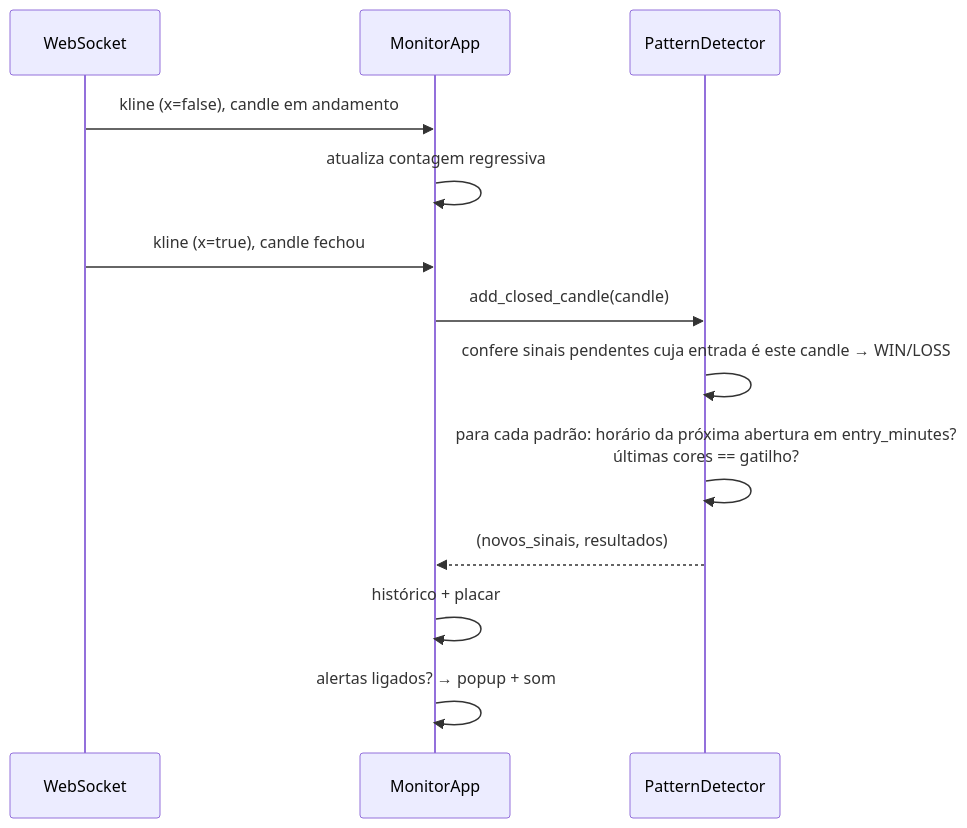
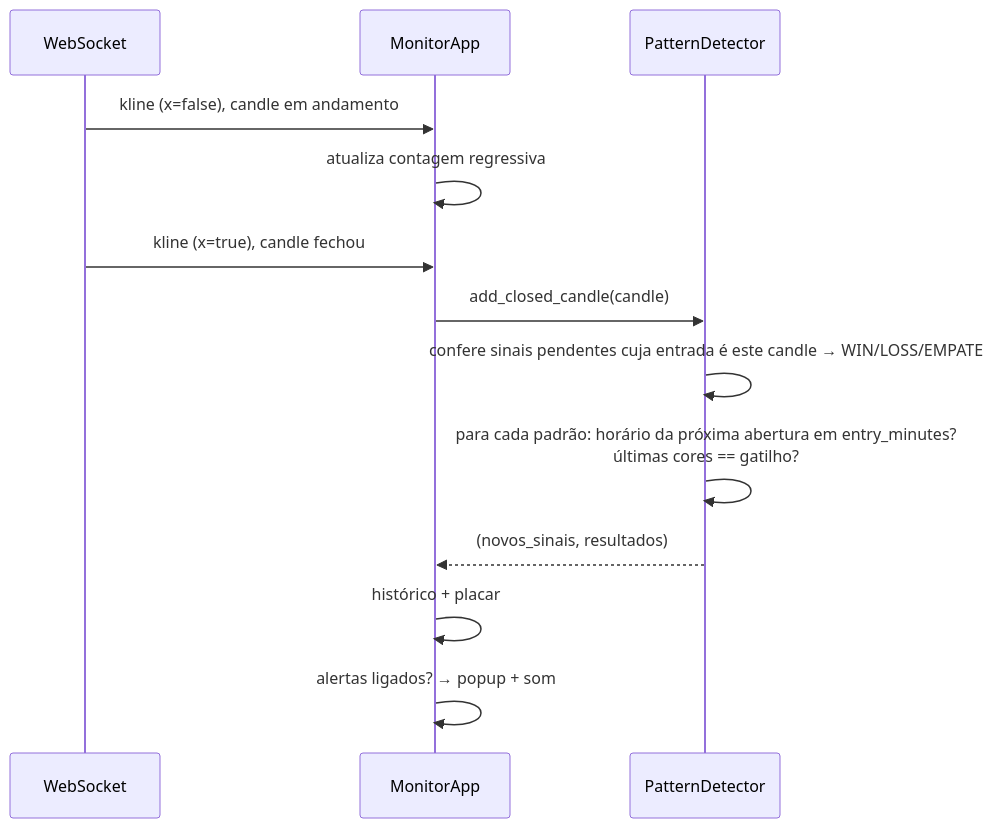
The second of 2 diagrams in binance/README.md (RalphRebello/market-monitor), drawn with Mermaid before and after one commit. The commit also changed other lines of this file and 8 other files, not shown here.

````diff
--- a/binance/README.md
+++ b/binance/README.md
@@ -280,16 +280,16 @@
 ```mermaid
 sequenceDiagram
     participant WS as WebSocket
     participant App as MonitorApp
     participant Det as PatternDetector
 
     WS->>App: kline (x=false), candle em andamento
     App->>App: atualiza contagem regressiva
     WS->>App: kline (x=true), candle fechou
     App->>Det: add_closed_candle(candle)
-    Det->>Det: confere sinais pendentes cuja entrada é este candle → WIN/LOSS
+    Det->>Det: confere sinais pendentes cuja entrada é este candle → WIN/LOSS/EMPATE
     Det->>Det: para cada padrão: horário da próxima abertura em entry_minutes?<br/>últimas cores == gatilho?
     Det-->>App: (novos_sinais, resultados)
     App->>App: histórico + placar
     App->>App: alertas ligados? → popup + som
 ```
````
